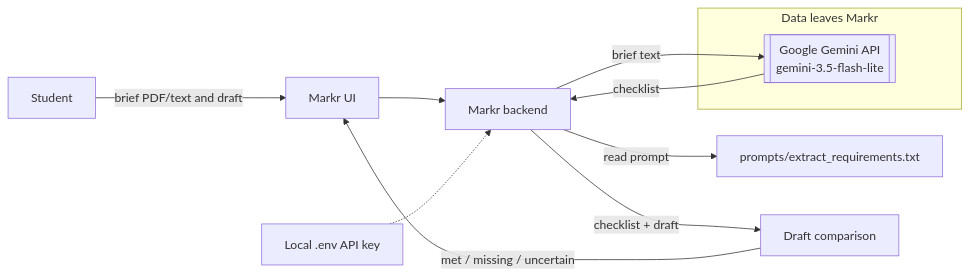
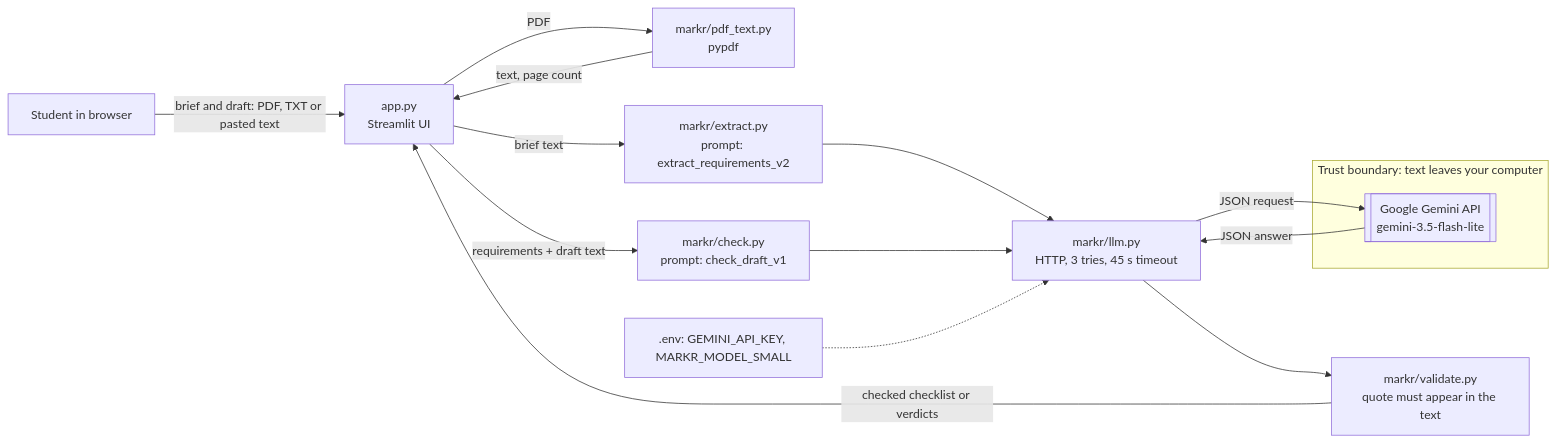
One commit to Guerrassc/Markr changed the diagram in docs/architecture.md. Above: the diagram before and after it, drawn with Mermaid. The commit also changed other lines of this file and 1 other file, not shown here.

Commit message:
M3: update README and architecture

````diff
--- a/docs/architecture.md
+++ b/docs/architecture.md
@@ -3,14 +3,18 @@
 ```mermaid
 flowchart LR
-  U[Student] -->|brief PDF/text and draft| UI[Markr UI]
-  UI --> API[Markr backend]
-  API -->|read prompt| P[prompts/extract_requirements.txt]
-  API -->|brief text| LLM[[Google Gemini API\ngemini-3.5-flash-lite]]
-  LLM -->|checklist| API
-  API -->|checklist + draft| CMP[Draft comparison]
-  CMP -->|met / missing / uncertain| UI
-  ENV[Local .env API key] -.-> API
-  subgraph OUT[Data leaves Markr]
-    LLM
+  U["Student in browser"] -->|"brief and draft: PDF, TXT or pasted text"| UI["app.py<br/>Streamlit UI"]
+  UI -->|"PDF"| PDF["markr/pdf_text.py<br/>pypdf"]
+  PDF -->|"text, page count"| UI
+  UI -->|"brief text"| EX["markr/extract.py<br/>prompt: extract_requirements_v2"]
+  UI -->|"requirements + draft text"| CK["markr/check.py<br/>prompt: check_draft_v1"]
+  EX --> LLM["markr/llm.py<br/>HTTP, 3 tries, 45 s timeout"]
+  CK --> LLM
+  LLM -->|"JSON request"| G[["Google Gemini API<br/>gemini-3.5-flash-lite"]]
+  G -->|"JSON answer"| LLM
+  LLM --> V["markr/validate.py<br/>quote must appear in the text"]
+  V -->|"checked checklist or verdicts"| UI
+  ENV[".env: GEMINI_API_KEY, MARKR_MODEL_SMALL"] -.-> LLM
+  subgraph OUT["Trust boundary: text leaves your computer"]
+    G
   end
 ```
````
